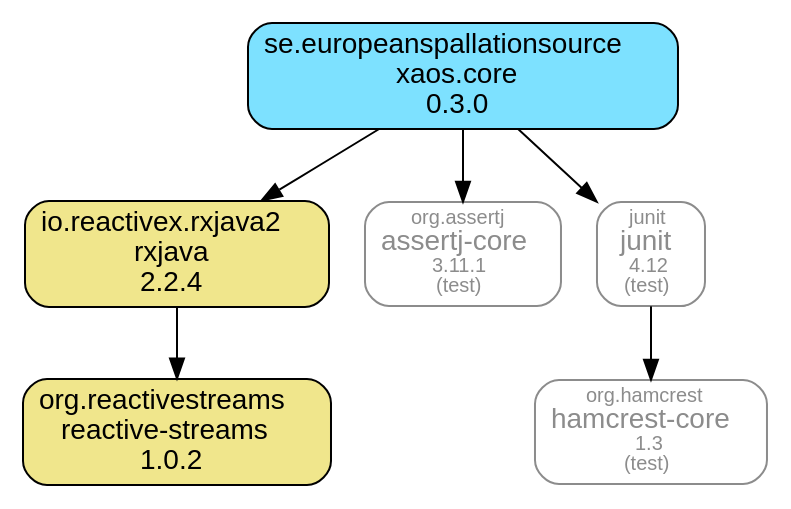
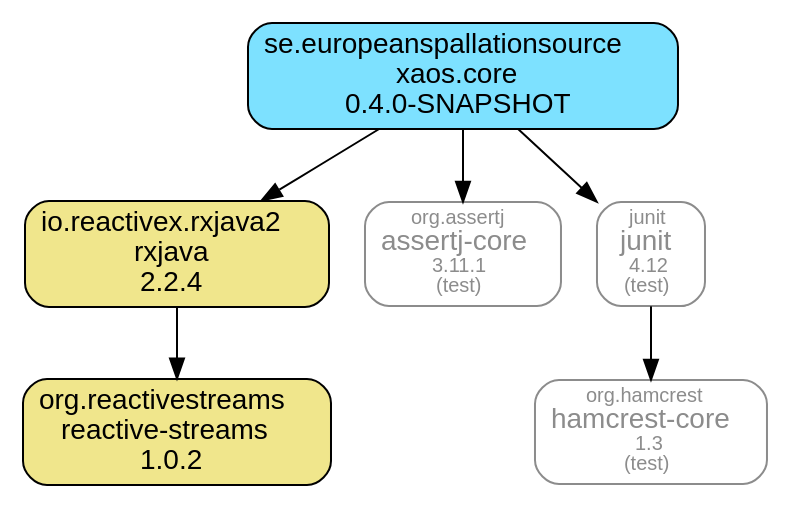
One commit to ESSICS/XAOS changed the diagram in xaos.core.module/doc/maven-dependencies.dot. Above: the diagram before and after it, drawn with Graphviz. The commit also changed 15 other files, not shown here.

```diff
--- a/xaos.core.module/doc/maven-dependencies.dot
+++ b/xaos.core.module/doc/maven-dependencies.dot
@@ -1,19 +1,19 @@
 digraph "xaos.core" {
   node [shape="box",style="rounded",fontname="Helvetica",fontsize="14"]
   edge [fontsize="10",fontname="Helvetica"]
 
   // Node Definitions:
   "io.reactivex.rxjava2:rxjava:jar"[shape="box",style="rounded, filled",fillcolor="khaki",label=<io.reactivex.rxjava2<br/>rxjava<br/>2.2.4>]
   "org.reactivestreams:reactive-streams:jar"[shape="box",style="rounded, filled",fillcolor="khaki",label=<org.reactivestreams<br/>reactive-streams<br/>1.0.2>]
-  "se.europeanspallationsource:xaos.core:jar"[shape="box",style="rounded, filled",fillcolor="#7DE1FF",label=<se.europeanspallationsource<br/>xaos.core<br/>0.3.0>]
+  "se.europeanspallationsource:xaos.core:jar"[shape="box",style="rounded, filled",fillcolor="#7DE1FF",label=<se.europeanspallationsource<br/>xaos.core<br/>0.4.0-SNAPSHOT>]
   "org.assertj:assertj-core:jar"[shape="box",style="rounded",color="grey55",fontname="Helvetica",fontsize="14",fontcolor="grey55",label=<<font color="grey55" point-size="10">org.assertj</font><br/>assertj-core<font color="grey55" point-size="10"><br/>3.11.1</font><font color="grey55" point-size="10"><br/>(test)</font>>]
   "junit:junit:jar"[shape="box",style="rounded",color="grey55",fontname="Helvetica",fontsize="14",fontcolor="grey55",label=<<font color="grey55" point-size="10">junit</font><br/>junit<font color="grey55" point-size="10"><br/>4.12</font><font color="grey55" point-size="10"><br/>(test)</font>>]
   "org.hamcrest:hamcrest-core:jar"[shape="box",style="rounded",color="grey55",fontname="Helvetica",fontsize="14",fontcolor="grey55",label=<<font color="grey55" point-size="10">org.hamcrest</font><br/>hamcrest-core<font color="grey55" point-size="10"><br/>1.3</font><font color="grey55" point-size="10"><br/>(test)</font>>]
 
   // Edge Definitions:
   "io.reactivex.rxjava2:rxjava:jar" -> "org.reactivestreams:reactive-streams:jar"
   "se.europeanspallationsource:xaos.core:jar" -> "io.reactivex.rxjava2:rxjava:jar"
   "se.europeanspallationsource:xaos.core:jar" -> "org.assertj:assertj-core:jar"
   "junit:junit:jar" -> "org.hamcrest:hamcrest-core:jar"
   "se.europeanspallationsource:xaos.core:jar" -> "junit:junit:jar"
 }
```
